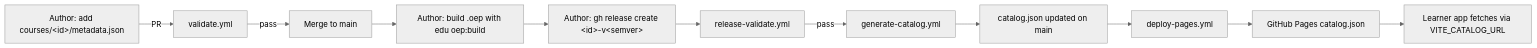
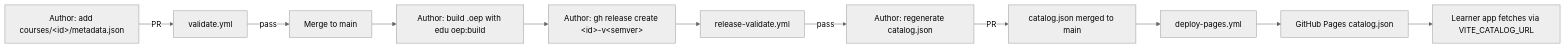
One commit to spatnaik1982/openedu-library changed the diagram in docs/PUBLISHING_GUIDE.md. Above: the diagram before and after it, drawn with Mermaid (neutral theme). The commit also changed other lines of this file and 5 other files, not shown here.

````diff
--- a/docs/PUBLISHING_GUIDE.md
+++ b/docs/PUBLISHING_GUIDE.md
@@ -7,13 +8,13 @@
 ```mermaid
 flowchart LR
     A[Author: add courses/&lt;id&gt;/metadata.json] -->|PR| B[validate.yml]
     B -->|pass| C[Merge to main]
     C --> D[Author: build .oep with edu oep:build]
     D --> E[Author: gh release create &lt;id&gt;-v&lt;semver&gt;]
     E --> F[release-validate.yml]
-    F -->|pass| G[generate-catalog.yml]
-    G --> H[catalog.json updated on main]
+    F -->|pass| G[Author: regenerate catalog.json]
+    G -->|PR| H[catalog.json merged to main]
     H --> I[deploy-pages.yml]
     I --> J[GitHub Pages catalog.json]
     J --> K[Learner app fetches via VITE_CATALOG_URL]
 ```
````
